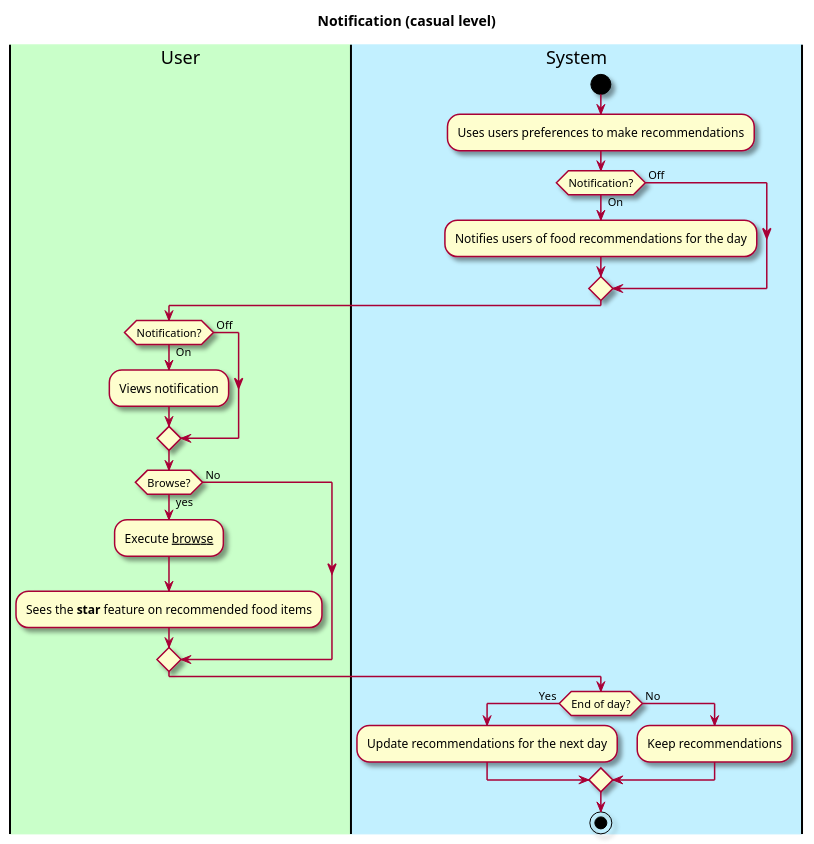
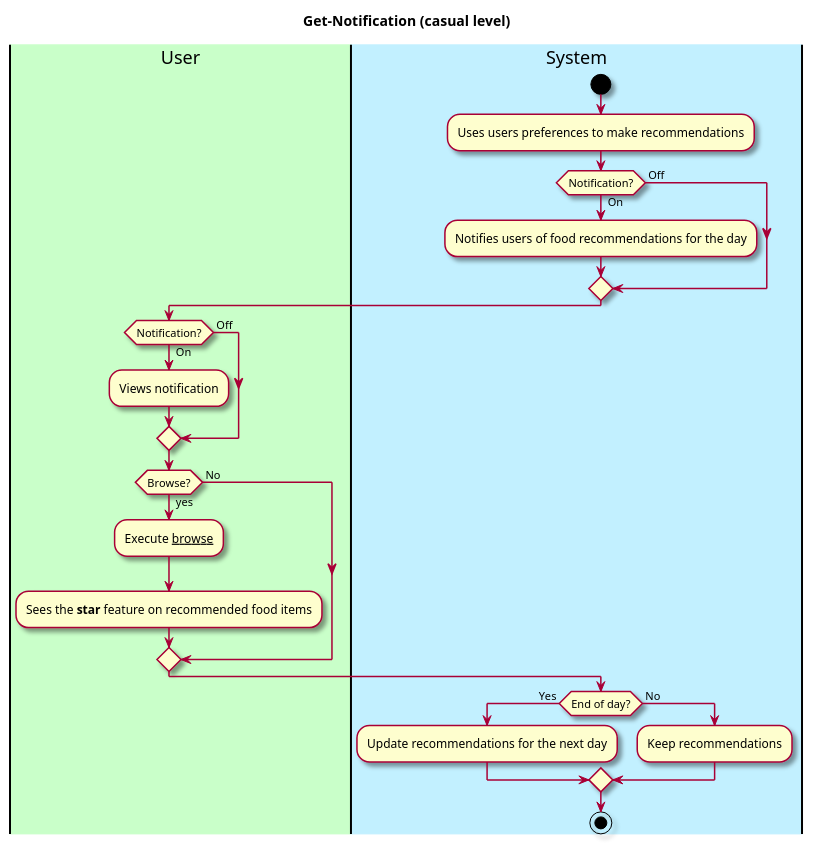
One commit to EzekielEkanem/team-1d changed the diagram in intellij/doc/use-cases/use-case-get-notifications.md. Above: the diagram before and after it, drawn with PlantUML. The commit also changed 7 other files, not shown here.

````diff
--- a/intellij/doc/use-cases/use-case-get-notifications.md
+++ b/intellij/doc/use-cases/use-case-get-notifications.md
@@ -29,41 +29,41 @@
 ```plantuml
 @startuml
 
 skin rose
 
-title Notification (casual level)
+title Get-Notification (casual level)
 
 'define the lanes
 |#technology|User|
 |#application|System|
 
 start
 |System|
 :Uses users preferences to make recommendations;
 if (Notification?) is  ( On ) then
 :Notifies users of food recommendations for the day;
 else ( Off ) 
 endif
 
 |User|
 if (Notification?) is  ( On ) then
 :Views notification;
 else ( Off ) 
 endif
 
 if (Browse?) is ( yes ) then
 :Execute __browse__;
 :Sees the **star** feature on recommended food items;
 else ( No )
 endif
 
 |System|
 if (End of day?) is  ( Yes ) then
 :Update recommendations for the next day;
 else ( No ) 
 :Keep recommendations;
 endif
 
 stop
 @enduml
 ```
````
